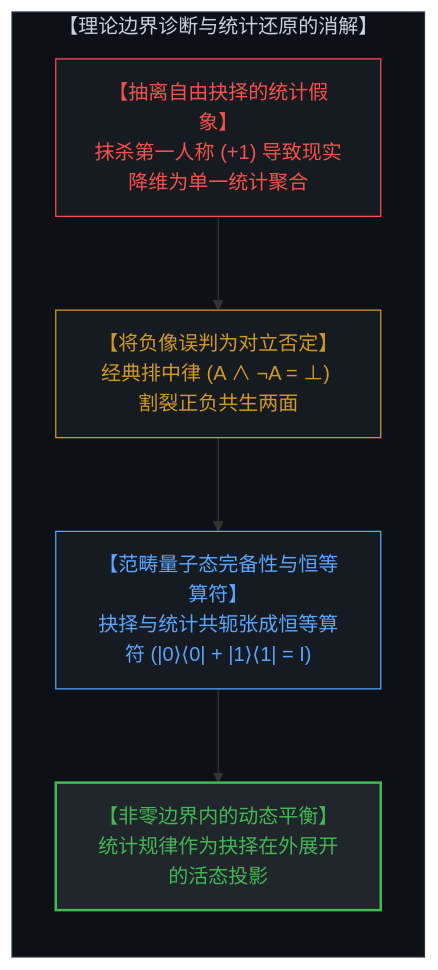
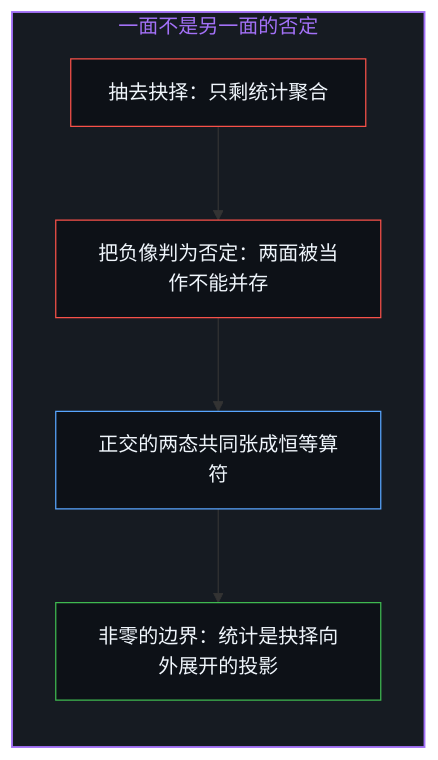
Diagram 11 of 18 in content/posts/the-geometry-of-coexistence-and-the-dual-cut.md (powerpig99/not-a-toe), drawn with Mermaid before and after one commit. The commit also changed other lines of this file and 2 other files, not shown here.

Commit message:
Refine the-geometry-of-coexistence-and-the-dual-cut: alternating bilingual layout, nine paired diagrams, institutions given their use, the observed and the inferred other, implicit first person

````diff
--- a/content/posts/the-geometry-of-coexistence-and-the-dual-cut.md
+++ b/content/posts/the-geometry-of-coexistence-and-the-dual-cut.md
@@ -186,18 +291,19 @@
 ```mermaid
-graph TD
-    subgraph TheoreticalDiagnosis["【理论边界诊断与统计还原的消解】"]
+flowchart TD
+    subgraph S_Negation["一面不是另一面的否定"]
         direction TB
-        StatisticalTrap["【抽离自由抉择的统计假象】<br>抹杀第一人称 (+1) 导致现实降维为单一统计聚合"]
-        NegationIllusion["【将负像误判为对立否定】<br>经典排中律 (A ∧ ¬A = ⊥) 割裂正负共生两面"]
-        QuantumResolution["【范畴量子态完备性与恒等算符】<br>抉择与统计共轭张成恒等算符 (|0⟩⟨0| + |1⟩⟨1| = I)"]
-        NonZeroBoundary["【非零边界内的动态平衡】<br>统计规律作为抉择在外展开的活态投影"]
-        StatisticalTrap --> NegationIllusion
-        NegationIllusion --> QuantumResolution
-        QuantumResolution --> NonZeroBoundary
+        Erase["抽去抉择：只剩统计聚合"]
+        Judge["把负像判为否定：两面被当作不能并存"]
+        Ident["正交的两态共同张成恒等算符"]
+        Nonzero["非零的边界：统计是抉择向外展开的投影"]
+        Erase --> Judge
+        Judge --> Ident
+        Ident --> Nonzero
     end
-    style TheoreticalDiagnosis fill:#0d1117,stroke:#30363d,stroke-width:1px,color:#c9d1d9
-    style StatisticalTrap fill:#161b22,stroke:#f85149,stroke-width:1px,color:#f85149
-    style NegationIllusion fill:#161b22,stroke:#d29922,stroke-width:1px,color:#d29922
-    style QuantumResolution fill:#161b22,stroke:#58a6ff,stroke-width:1px,color:#58a6ff
-    style NonZeroBoundary fill:#21262d,stroke:#3fb950,stroke-width:2px,color:#3fb950
+
+    style S_Negation fill:#161b22,stroke:#a371f7,stroke-width:1.5px,color:#a371f7
+    style Erase fill:#0d1117,stroke:#f85149,stroke-width:1px,color:#f0f6fc
+    style Judge fill:#0d1117,stroke:#f85149,stroke-width:1px,color:#f0f6fc
+    style Ident fill:#0d1117,stroke:#58a6ff,stroke-width:1px,color:#f0f6fc
+    style Nonzero fill:#0d1117,stroke:#3fb950,stroke-width:1px,color:#f0f6fc
 ```
````
